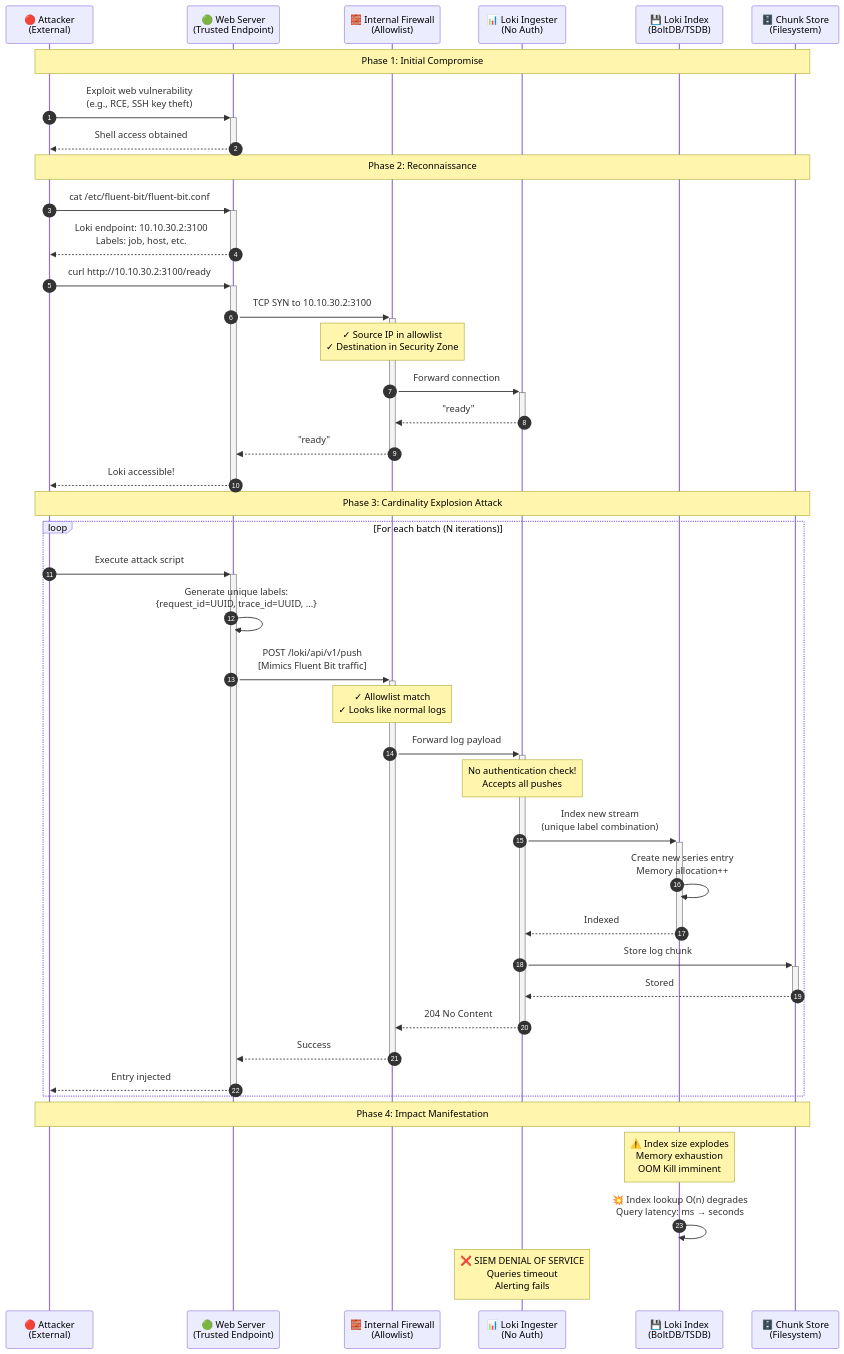
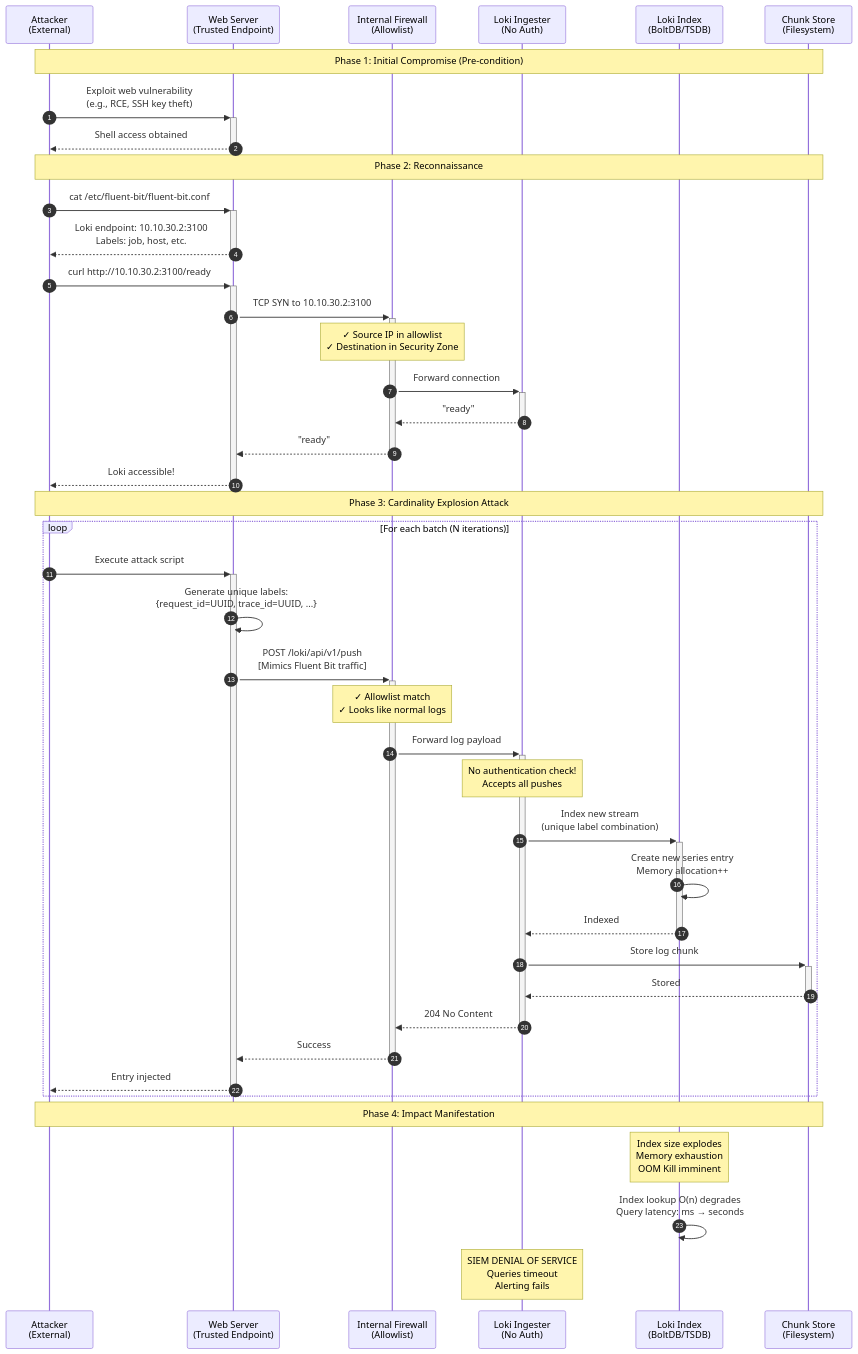
Before and after one commit to davidseitz/SichereDMZ: the fourth of 8 diagrams in attacks/docs/LOKI_ATTACK_DOCUMENTATION.md, drawn with Mermaid. The commit also changed other lines of this file and 1 other file, not shown here.

Commit message:
Updated Loki documentation

````diff
--- a/attacks/docs/LOKI_ATTACK_DOCUMENTATION.md
+++ b/attacks/docs/LOKI_ATTACK_DOCUMENTATION.md
@@ -71,61 +218,61 @@
 ```mermaid
 sequenceDiagram
     autonumber
     
-    participant ATK as 🔴 Attacker<br/>(External)
-    participant WEB as 🟢 Web Server<br/>(Trusted Endpoint)
-    participant FW as 🧱 Internal Firewall<br/>(Allowlist)
-    participant LOKI as 📊 Loki Ingester<br/>(No Auth)
-    participant IDX as 💾 Loki Index<br/>(BoltDB/TSDB)
-    participant STORE as 🗄️ Chunk Store<br/>(Filesystem)
+    participant ATK as Attacker<br/>(External)
+    participant WEB as Web Server<br/>(Trusted Endpoint)
+    participant FW as Internal Firewall<br/>(Allowlist)
+    participant LOKI as Loki Ingester<br/>(No Auth)
+    participant IDX as Loki Index<br/>(BoltDB/TSDB)
+    participant STORE as Chunk Store<br/>(Filesystem)
     
-    Note over ATK,STORE: Phase 1: Initial Compromise
+    Note over ATK,STORE: Phase 1: Initial Compromise (Pre-condition)
     
     ATK->>+WEB: Exploit web vulnerability<br/>(e.g., RCE, SSH key theft)
     WEB-->>-ATK: Shell access obtained
     
     Note over ATK,STORE: Phase 2: Reconnaissance
     
     ATK->>+WEB: cat /etc/fluent-bit/fluent-bit.conf
     WEB-->>-ATK: Loki endpoint: 10.10.30.2:3100<br/>Labels: job, host, etc.
     
     ATK->>+WEB: curl http://10.10.30.2:3100/ready
     WEB->>+FW: TCP SYN to 10.10.30.2:3100
     Note over FW: ✓ Source IP in allowlist<br/>✓ Destination in Security Zone
     FW->>+LOKI: Forward connection
     LOKI-->>-FW: "ready"
     FW-->>-WEB: "ready"
     WEB-->>-ATK: Loki accessible!
     
     Note over ATK,STORE: Phase 3: Cardinality Explosion Attack
     
     loop For each batch (N iterations)
         ATK->>+WEB: Execute attack script
         WEB->>WEB: Generate unique labels:<br/>{request_id=UUID, trace_id=UUID, ...}
         
         WEB->>+FW: POST /loki/api/v1/push<br/>[Mimics Fluent Bit traffic]
         Note over FW: ✓ Allowlist match<br/>✓ Looks like normal logs
         FW->>+LOKI: Forward log payload
         
         Note over LOKI: No authentication check!<br/>Accepts all pushes
         
         LOKI->>+IDX: Index new stream<br/>(unique label combination)
         IDX->>IDX: Create new series entry<br/>Memory allocation++
         IDX-->>-LOKI: Indexed
         
         LOKI->>+STORE: Store log chunk
         STORE-->>-LOKI: Stored
         
         LOKI-->>-FW: 204 No Content
         FW-->>-WEB: Success
         WEB-->>-ATK: Entry injected
     end
     
     Note over ATK,STORE: Phase 4: Impact Manifestation
     
-    Note over IDX: ⚠️ Index size explodes<br/>Memory exhaustion<br/>OOM Kill imminent
+    Note over IDX: Index size explodes<br/>Memory exhaustion<br/>OOM Kill imminent
     
-    IDX->>IDX: 💥 Index lookup O(n) degrades<br/>Query latency: ms → seconds
+    IDX->>IDX: Index lookup O(n) degrades<br/>Query latency: ms → seconds
     
-    Note over LOKI: ❌ SIEM DENIAL OF SERVICE<br/>Queries timeout<br/>Alerting fails
+    Note over LOKI: SIEM DENIAL OF SERVICE<br/>Queries timeout<br/>Alerting fails
 ```
````
